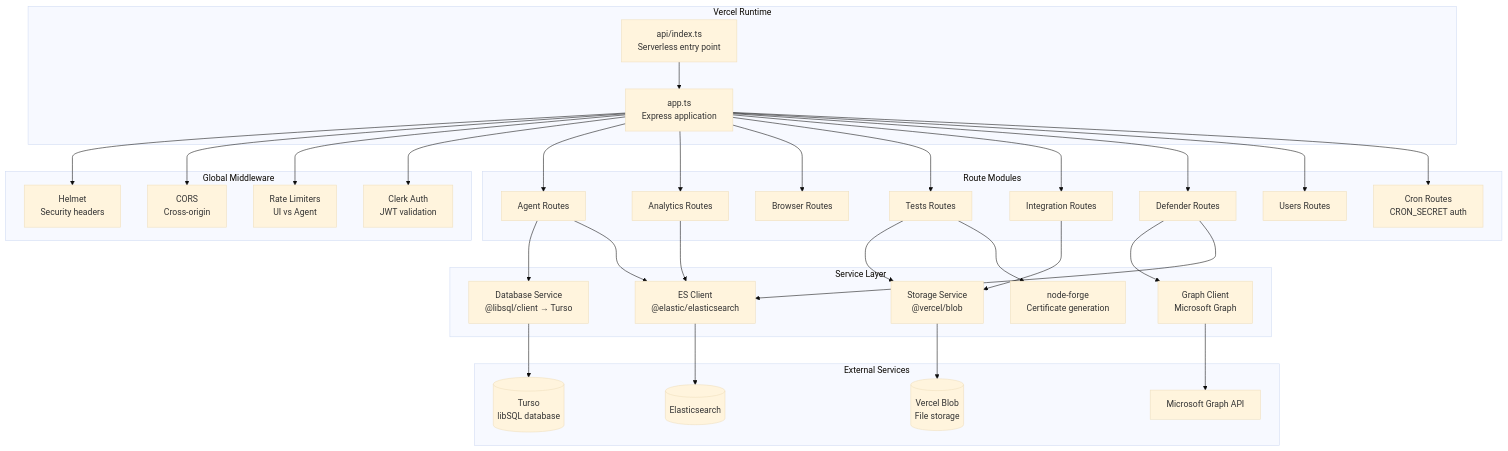
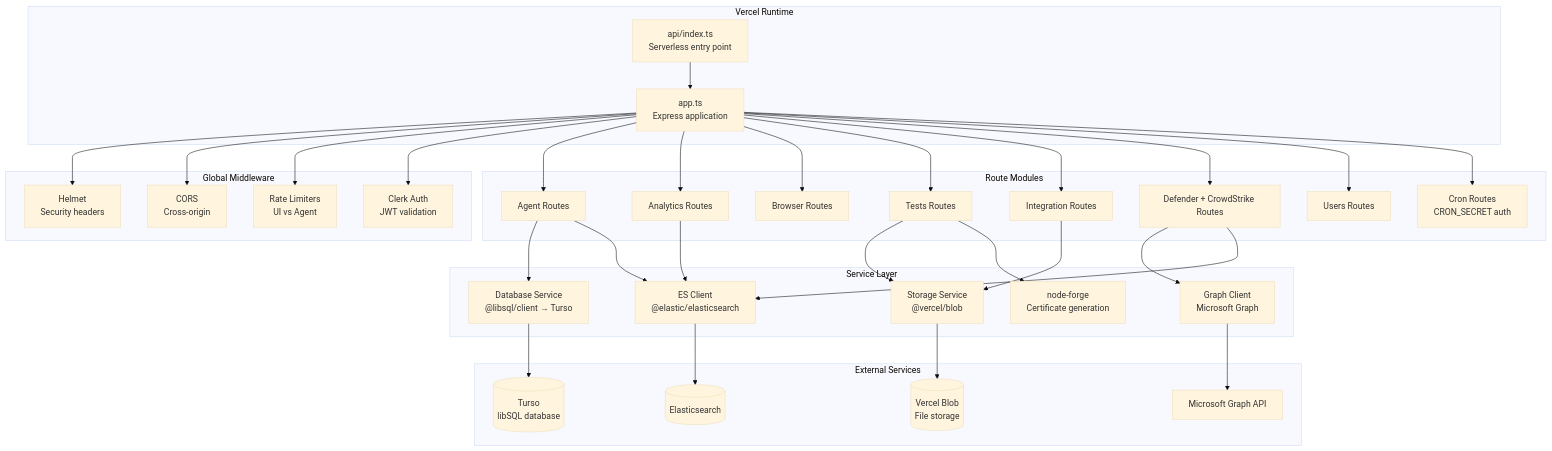
One commit to projectachilles/ProjectAchilles changed the diagram in wiki/docs/developer-guide/backend-serverless.md. Above: the diagram before and after it, drawn with Mermaid (base theme). The commit also changed other lines of this file and 136 other files, not shown here.

````diff
--- a/wiki/docs/developer-guide/backend-serverless.md
+++ b/wiki/docs/developer-guide/backend-serverless.md
@@ -35,69 +56,69 @@
 ```mermaid
 graph TB
     subgraph "Vercel Runtime"
         ENTRY[api/index.ts<br/>Serverless entry point]
         APP[app.ts<br/>Express application]
     end
 
     subgraph "Global Middleware"
         HELMET[Helmet<br/>Security headers]
         CORS[CORS<br/>Cross-origin]
         RATE[Rate Limiters<br/>UI vs Agent]
         CLERK[Clerk Auth<br/>JWT validation]
     end
 
     subgraph "Route Modules"
         AGENT[Agent Routes]
         ANALYTICS[Analytics Routes]
         BROWSER[Browser Routes]
         TESTS[Tests Routes]
         INTEGRATIONS[Integration Routes]
-        DEFENDER[Defender Routes]
+        DEFENDER[Defender + CrowdStrike Routes]
         USERS[Users Routes]
         CRON[Cron Routes<br/>CRON_SECRET auth]
     end
 
     subgraph "Service Layer"
         DB[Database Service<br/>@libsql/client → Turso]
         BLOB[Storage Service<br/>@vercel/blob]
         ESSVC[ES Client<br/>@elastic/elasticsearch]
         GRAPH[Graph Client<br/>Microsoft Graph]
         FORGE[node-forge<br/>Certificate generation]
     end
 
     subgraph "External Services"
         TURSO[(Turso<br/>libSQL database)]
         VBLOB[(Vercel Blob<br/>File storage)]
         ES[(Elasticsearch)]
         MSFT[Microsoft Graph API]
     end
 
     ENTRY --> APP
     APP --> HELMET
     APP --> CORS
     APP --> RATE
     APP --> CLERK
 
     APP --> AGENT
     APP --> ANALYTICS
     APP --> BROWSER
     APP --> TESTS
     APP --> INTEGRATIONS
     APP --> DEFENDER
     APP --> USERS
     APP --> CRON
 
     AGENT --> DB
     AGENT --> ESSVC
     TESTS --> BLOB
     TESTS --> FORGE
     INTEGRATIONS --> BLOB
     ANALYTICS --> ESSVC
     DEFENDER --> GRAPH
     DEFENDER --> ESSVC
 
     DB --> TURSO
     BLOB --> VBLOB
     ESSVC --> ES
     GRAPH --> MSFT
 ```
````
